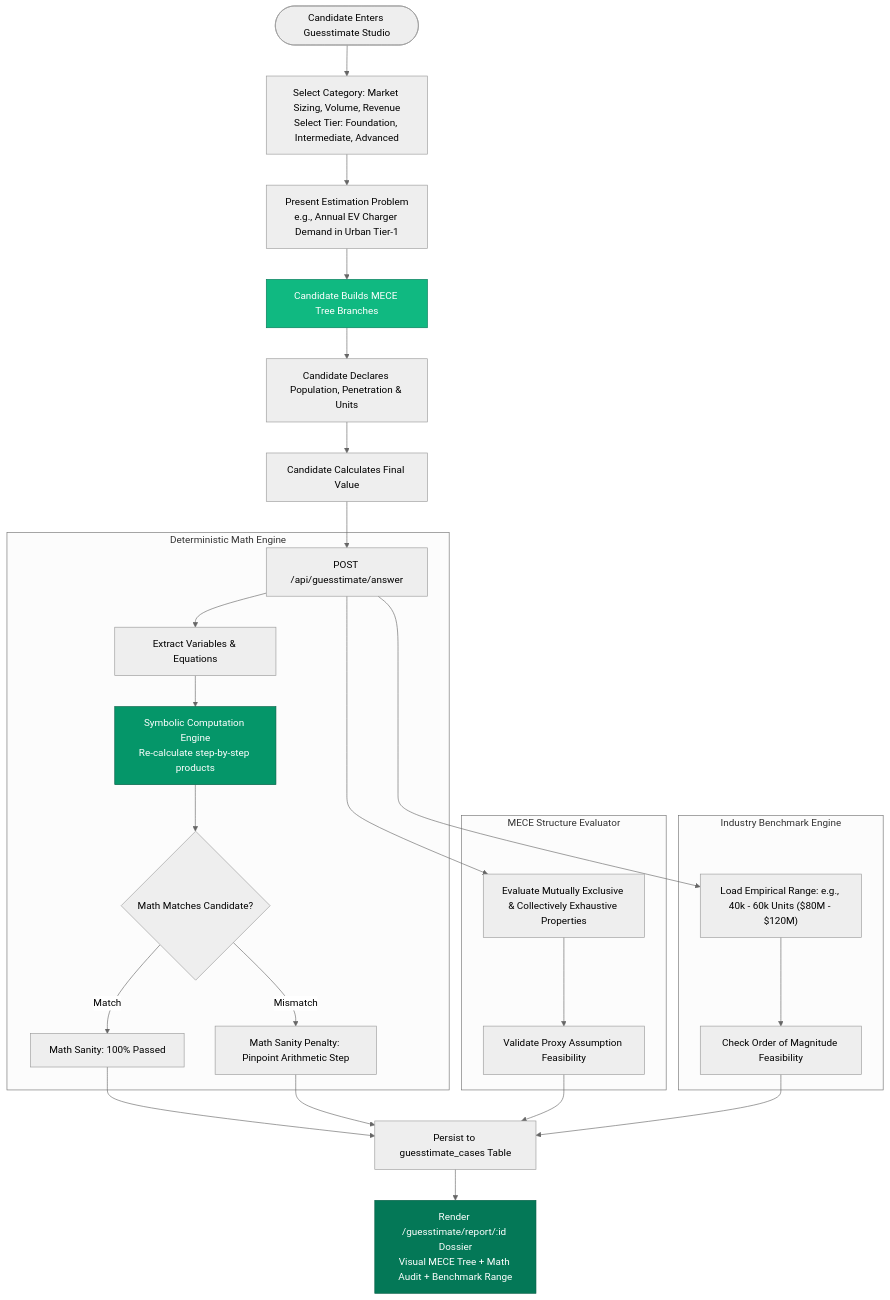
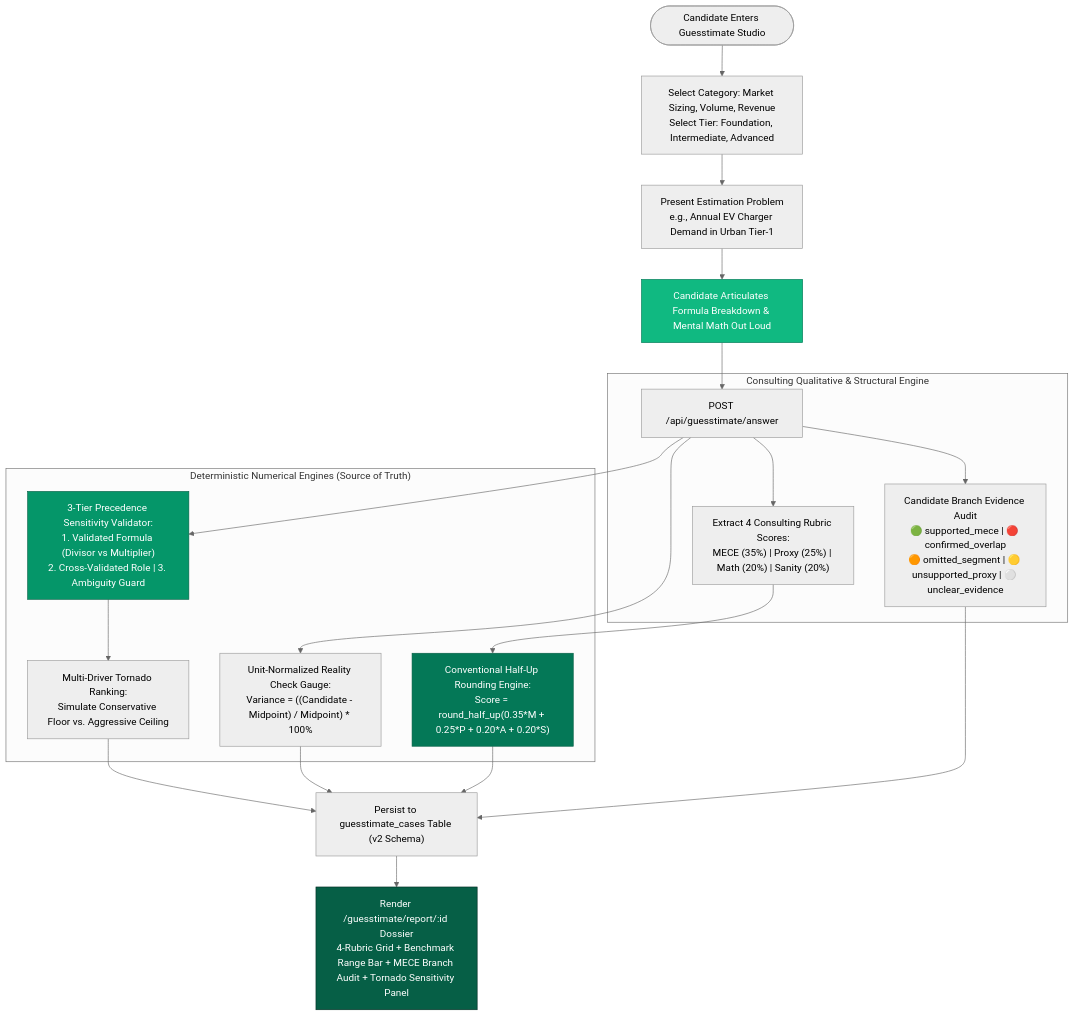
The fifth of 12 diagrams in Approach.md (Sohailsadeed/campusrecruitment-communication-agent), drawn with Mermaid (neutral theme) before and after one commit. The commit also changed other lines of this file, not shown here.

Commit message:
docs: update Approach.md with Autonomous Curriculum Coach Agent and Guesstimate engine architecture

````diff
--- a/Approach.md
+++ b/Approach.md
@@ -314,38 +336,31 @@
 ```mermaid
 flowchart TD
     Start(["Candidate Enters Guesstimate Studio"]) --> PickCase["Select Category: Market Sizing, Volume, Revenue<br/>Select Tier: Foundation, Intermediate, Advanced"]
     PickCase --> CasePrompt["Present Estimation Problem<br/>e.g., Annual EV Charger Demand in Urban Tier-1"]
-    CasePrompt --> Decompose["Candidate Builds MECE Tree Branches"]
-    Decompose --> StateAssumptions["Candidate Declares Population, Penetration & Units"]
-    StateAssumptions --> CalcResult["Candidate Calculates Final Value"]
-    CalcResult --> Ingest["POST /api/guesstimate/answer"]
+    CasePrompt --> CandidateAns["Candidate Articulates Formula Breakdown & Mental Math Out Loud"]
+    CandidateAns --> Ingest["POST /api/guesstimate/answer"]
 
-    subgraph MathEngine ["Deterministic Math Engine"]
-        Ingest --> ExtractEq["Extract Variables & Equations"]
-        ExtractEq --> SymbolicMath["Symbolic Computation Engine<br/>Re-calculate step-by-step products"]
-        SymbolicMath --> SanityCheck{"Math Matches Candidate?"}
-        SanityCheck -->|Match| MathPass["Math Sanity: 100% Passed"]
-        SanityCheck -->|Mismatch| MathFail["Math Sanity Penalty: Pinpoint Arithmetic Step"]
+    subgraph ConsultingEval ["Consulting Qualitative & Structural Engine"]
+        Ingest --> MECE_Audit["Candidate Branch Evidence Audit<br/>🟢 supported_mece | 🔴 confirmed_overlap<br/>🟠 omitted_segment | 🟡 unsupported_proxy | ⚪ unclear_evidence"]
+        Ingest --> RubricExtract["Extract 4 Consulting Rubric Scores:<br/>MECE (35%) | Proxy (25%) | Math (20%) | Sanity (20%)"]
     end
 
-    subgraph MECEEval ["MECE Structure Evaluator"]
-        Ingest --> LLM_MECE["Evaluate Mutually Exclusive & Collectively Exhaustive Properties"]
-        LLM_MECE --> ProxyAudit["Validate Proxy Assumption Feasibility"]
+    subgraph DeterministicCore ["Deterministic Numerical Engines (Source of Truth)"]
+        RubricExtract --> WeightedScore["Conventional Half-Up Rounding Engine:<br/>Score = round_half_up(0.35*M + 0.25*P + 0.20*A + 0.20*S)"]
+        Ingest --> RangeNorm["Unit-Normalized Reality Check Gauge:<br/>Variance = ((Candidate - Midpoint) / Midpoint) * 100%"]
+        Ingest --> SensValidation["3-Tier Precedence Sensitivity Validator:<br/>1. Validated Formula (Divisor vs Multiplier)<br/>2. Cross-Validated Role | 3. Ambiguity Guard"]
+        SensValidation --> TornadoSim["Multi-Driver Tornado Ranking:<br/>Simulate Conservative Floor vs. Aggressive Ceiling"]
     end
 
-    subgraph BenchmarkEngine ["Industry Benchmark Engine"]
-        Ingest --> BenchmarkRange["Load Empirical Range: e.g., 40k - 60k Units ($80M - $120M)"]
-        BenchmarkRange --> OrderOfMag["Check Order of Magnitude Feasibility"]
-    end
+    WeightedScore --> Consolidate["Persist to guesstimate_cases Table (v2 Schema)"]
+    RangeNorm --> Consolidate
+    MECE_Audit --> Consolidate
+    TornadoSim --> Consolidate
 
-    MathPass --> Consolidate["Persist to guesstimate_cases Table"]
-    MathFail --> Consolidate
-    ProxyAudit --> Consolidate
-    OrderOfMag --> Consolidate
+    Consolidate --> RenderReport["Render /guesstimate/report/:id Dossier<br/>4-Rubric Grid + Benchmark Range Bar + MECE Branch Audit + Tornado Sensitivity Panel"]
 
-    Consolidate --> RenderReport["Render /guesstimate/report/:id Dossier<br/>Visual MECE Tree + Math Audit + Benchmark Range"]
-
-    style Decompose fill:#10b981,stroke:#047857,color:#fff
-    style SymbolicMath fill:#059669,stroke:#065f46,color:#fff
-    style RenderReport fill:#047857,stroke:#065f46,color:#fff
+    style CandidateAns fill:#10b981,stroke:#047857,color:#fff
+    style SensValidation fill:#059669,stroke:#065f46,color:#fff
+    style WeightedScore fill:#047857,stroke:#065f46,color:#fff
+    style RenderReport fill:#065f46,stroke:#022c22,color:#fff
 ```
````
